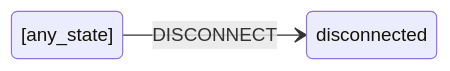
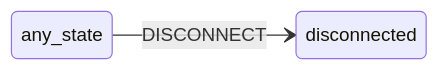
One commit to maurice/yay-machine changed the fifth of 8 diagrams in docs/reference/transitions.md. Above: the diagram before and after it, drawn with Mermaid. The commit also changed other lines of this file and 10 other files, not shown here.

````diff
--- a/docs/reference/transitions.md
+++ b/docs/reference/transitions.md
@@ -380,5 +380,5 @@
 ```mermaid
 stateDiagram
     direction LR
-    [any_state] --> disconnected: DISCONNECT
+    any_state --> disconnected: DISCONNECT
 ```
````
